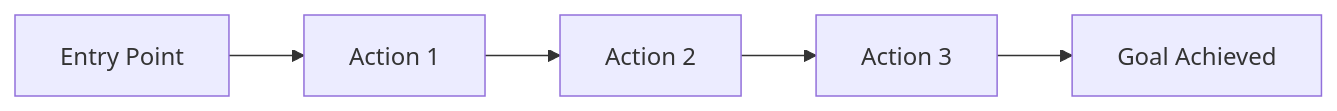
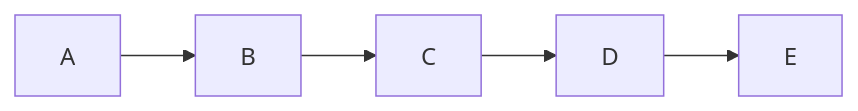
One commit to daktu32/ai-driven-dev-starter-kit changed the diagram in docs/prd.md. Above: the diagram before and after it, drawn with Mermaid. The commit also changed other lines of this file and 24 other files, not shown here.

````diff
--- a/docs/prd.md
+++ b/docs/prd.md
@@ -69,7 +66,7 @@
 ```mermaid
 graph LR
-    A[Entry Point] --> B[Action 1]
-    B --> C[Action 2]
-    C --> D[Action 3]
-    D --> E[Goal Achieved]
+    A --> B
+    B --> C
+    C --> D
+    D --> E
 ```
````
